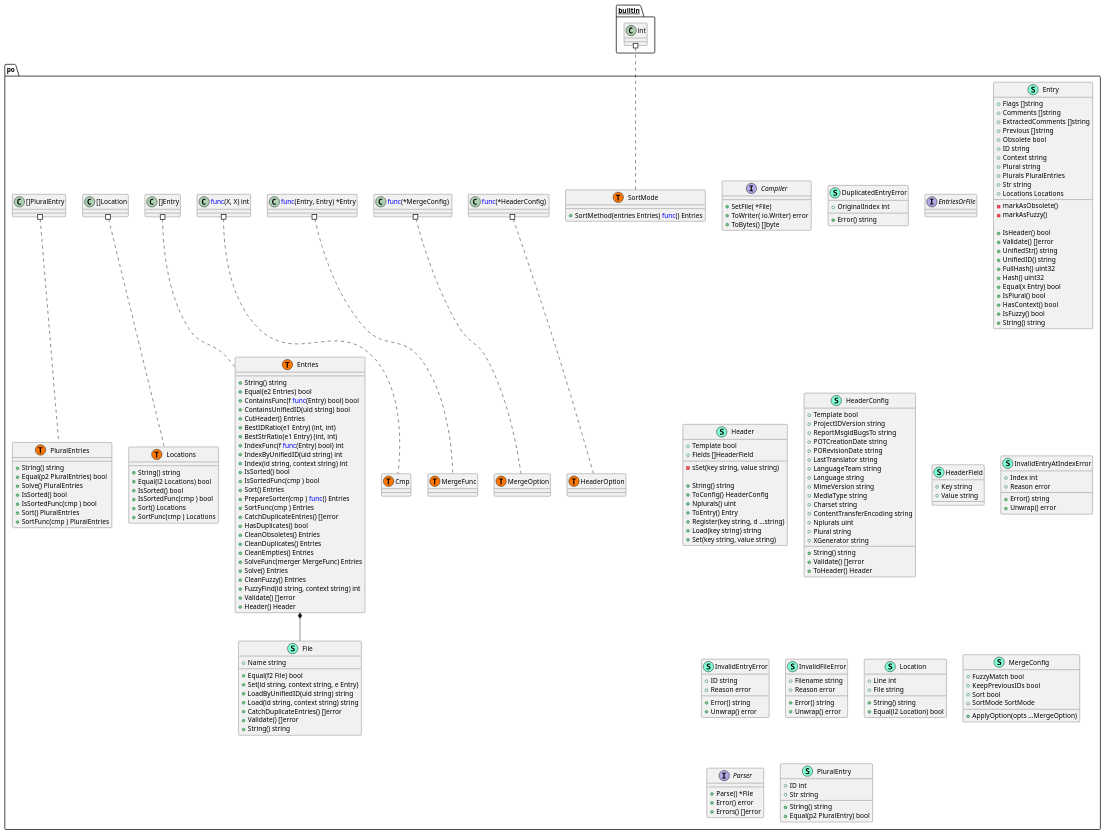
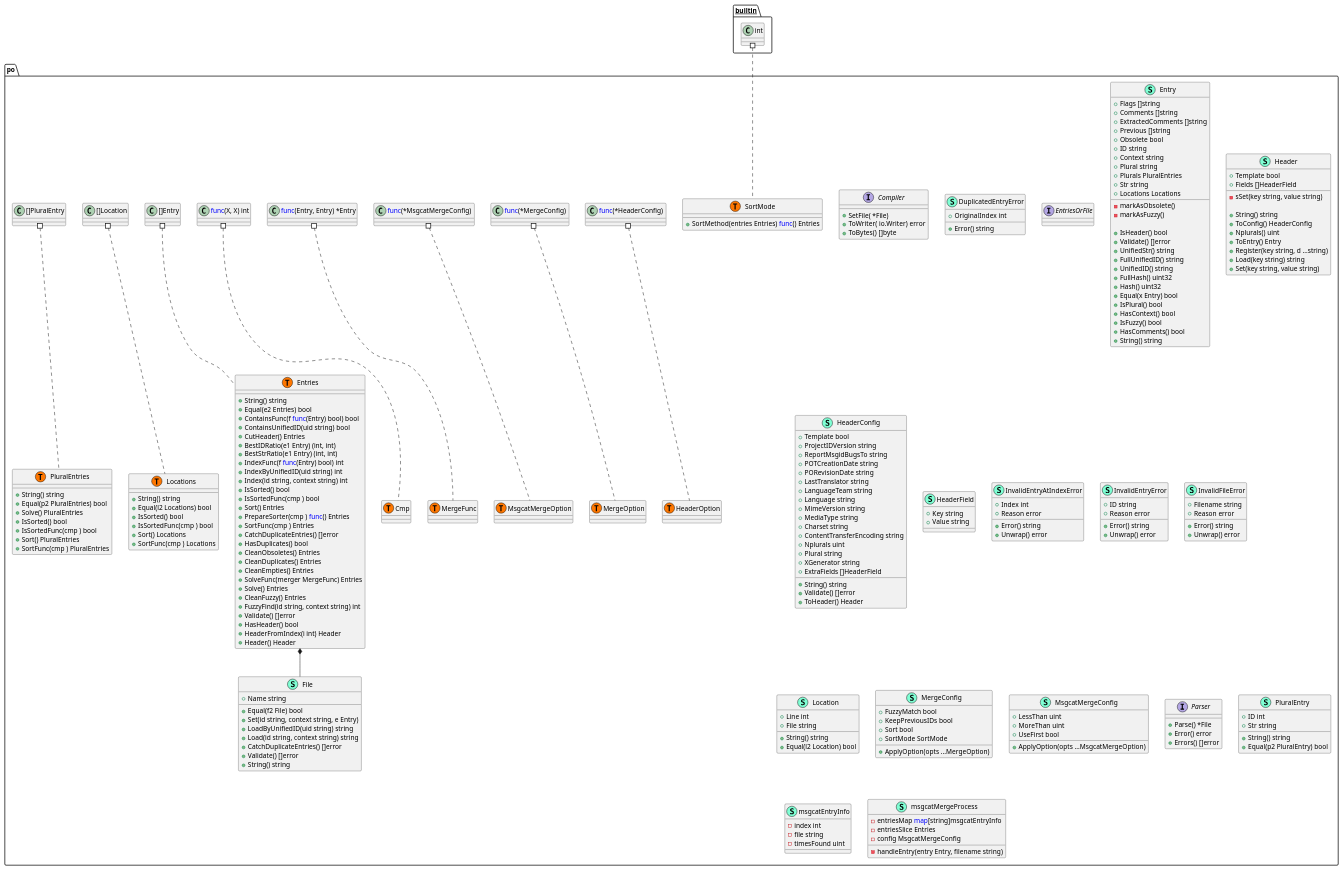
Before and after one commit to Tom5521/gotext-tools: the diagram in pkg/po/structure.puml, drawn with PlantUML. The commit also changed 9 other files, not shown here.

First line of the commit message:
feat(po): add msgcat merge functionality and improve header handling

```diff
--- a/pkg/po/structure.puml
+++ b/pkg/po/structure.puml
@@ -38,6 +38,8 @@
         + CleanFuzzy() Entries
         + FuzzyFind(id string, context string) int
         + Validate() []error
+        + HasHeader() bool
+        + HeaderFromIndex(i int) Header
         + Header() Header
 
     }
@@ -62,6 +64,7 @@
         + IsHeader() bool
         + Validate() []error
         + UnifiedStr() string
+        + FullUnifiedID() string
         + UnifiedID() string
         + FullHash() uint32
         + Hash() uint32
@@ -69,6 +72,7 @@
         + IsPlural() bool
         + HasContext() bool
         + IsFuzzy() bool
+        + HasComments() bool
         + String() string
 
     }
@@ -115,6 +119,7 @@
         + Nplurals uint
         + Plural string
         + XGenerator string
+        + ExtraFields []HeaderField
 
         + String() string
         + Validate() []error
@@ -176,6 +181,14 @@
         + ApplyOption(opts ...MergeOption) 
 
     }
+    class MsgcatMergeConfig << (S,Aquamarine) >> {
+        + LessThan uint
+        + MoreThan uint
+        + UseFirst bool
+
+        + ApplyOption(opts ...MsgcatMergeOption) 
+
+    }
     interface Parser  {
         + Parse() *File
         + Error() error
@@ -204,6 +217,20 @@
         + SortMethod(entries Entries) <font color=blue>func</font>() Entries
 
     }
+    class msgcatEntryInfo << (S,Aquamarine) >> {
+        - index int
+        - file string
+        - timesFound uint
+
+    }
+    class msgcatMergeProcess << (S,Aquamarine) >> {
+        - entriesMap <font color=blue>map</font>[string]msgcatEntryInfo
+        - entriesSlice Entries
+        - config MsgcatMergeConfig
+
+        - handleEntry(entry Entry, filename string) 
+
+    }
     class po.Cmp << (T, #FF7700) >>  {
     }
     class po.Entries << (T, #FF7700) >>  {
@@ -216,6 +243,8 @@
     }
     class po.MergeOption << (T, #FF7700) >>  {
     }
+    class po.MsgcatMergeOption << (T, #FF7700) >>  {
+    }
     class po.PluralEntries << (T, #FF7700) >>  {
     }
     class po.SortMode << (T, #FF7700) >>  {
@@ -227,6 +256,7 @@
 "__builtin__.int" #.. "po.SortMode"
 "po.<font color=blue>func</font>(*HeaderConfig) " #.. "po.HeaderOption"
 "po.<font color=blue>func</font>(*MergeConfig) " #.. "po.MergeOption"
+"po.<font color=blue>func</font>(*MsgcatMergeConfig) " #.. "po.MsgcatMergeOption"
 "po.<font color=blue>func</font>(Entry, Entry) *Entry" #.. "po.MergeFunc"
 "po.<font color=blue>func</font>(X, X) int" #.. "po.Cmp"
 "po.[]Entry" #.. "po.Entries"
```
